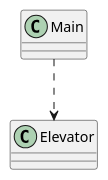
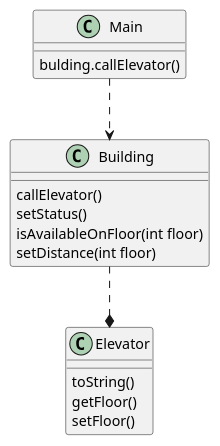
The diagram in src/main/java/diagramm.puml (Aneryd/elevators), drawn with PlantUML before and after one commit. The commit also changed 5 other files, not shown here.

Commit message:
Добавлена диаграмма классов

```diff
--- a/src/main/java/diagramm.puml
+++ b/src/main/java/diagramm.puml
@@ -1,6 +1,18 @@
 @startuml
 'https://plantuml.com/sequence-diagram
 
-Main ..> Elevator
+Main : bulding.callElevator()
+
+Main ..> Building
+Building : callElevator()
+Building : setStatus()
+Building : isAvailableOnFloor(int floor)
+Building : setDistance(int floor)
+
+Building ..* Elevator
+
+Elevator : toString()
+Elevator : getFloor()
+Elevator : setFloor()
 
 @enduml
```
